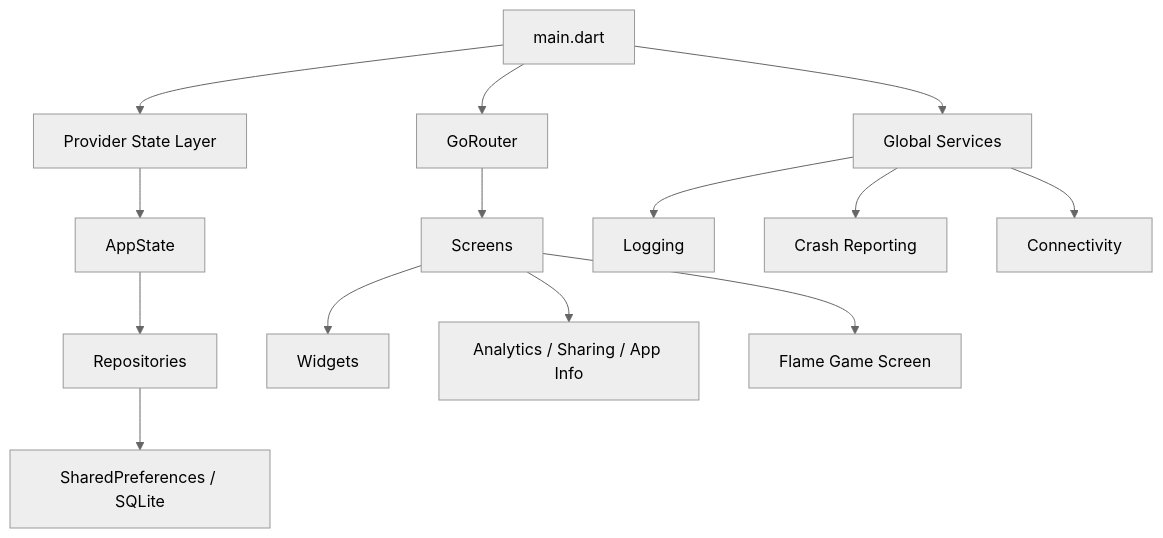
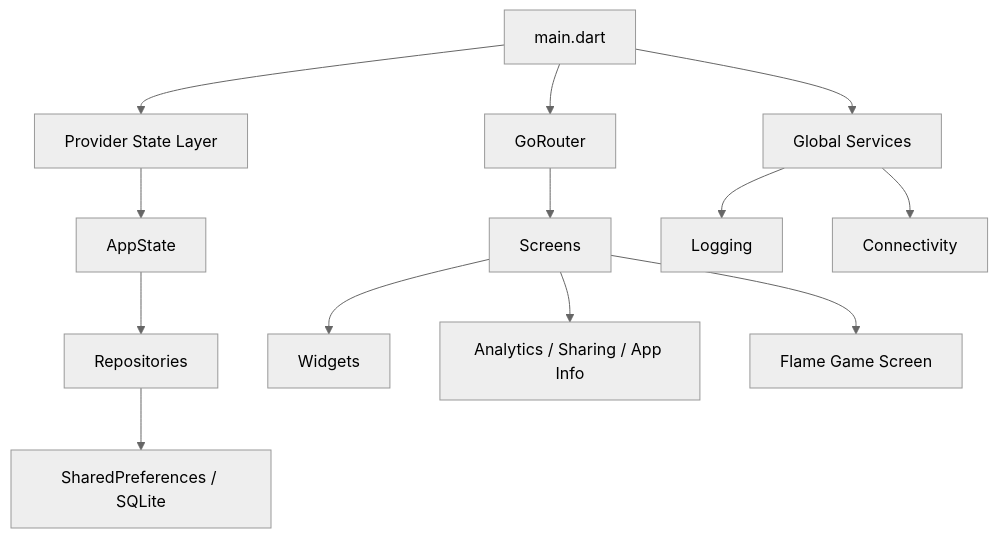
One commit to BugraKaanSaglam/game_for_cats_flutter changed the diagram in docs/ARCHITECTURE.md. Above: the diagram before and after it, drawn with Mermaid (neutral theme). The commit also changed other lines of this file and 24 other files, not shown here.

First line of the commit message:
Refactor project to remove Sentry crash reporting integration

````diff
--- a/docs/ARCHITECTURE.md
+++ b/docs/ARCHITECTURE.md
@@ -9,16 +9,15 @@
 ```mermaid
 flowchart TD
     A[main.dart] --> B[GoRouter]
     A --> C[Provider State Layer]
     A --> D[Global Services]
     C --> E[AppState]
     E --> F[Repositories]
     F --> G[SharedPreferences / SQLite]
     B --> H[Screens]
     H --> I[Widgets]
     H --> J[Analytics / Sharing / App Info]
     H --> K[Flame Game Screen]
     D --> L[Logging]
-    D --> M[Crash Reporting]
-    D --> N[Connectivity]
+    D --> M[Connectivity]
 ```
````
